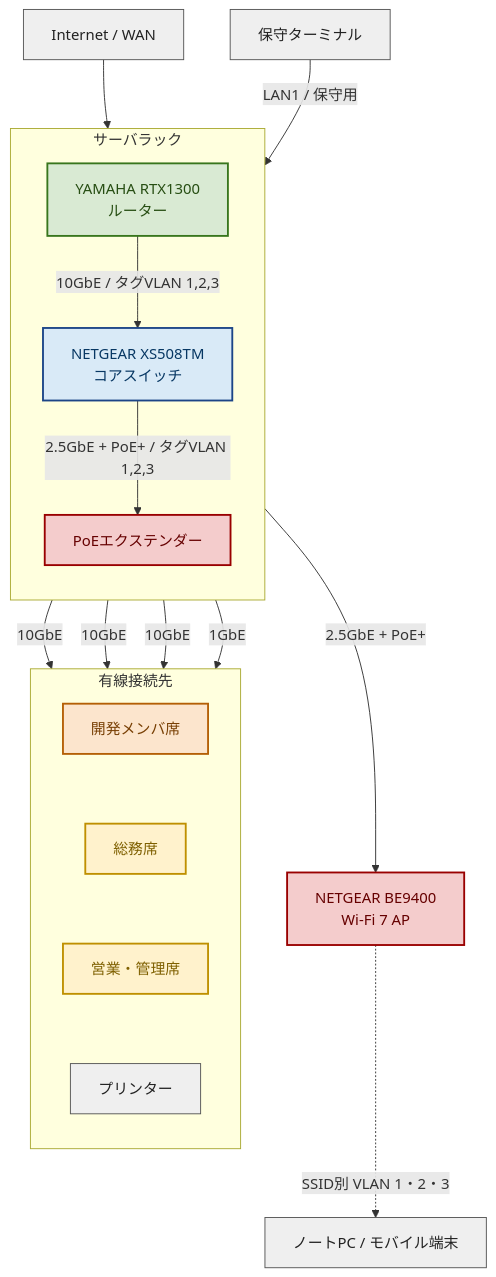
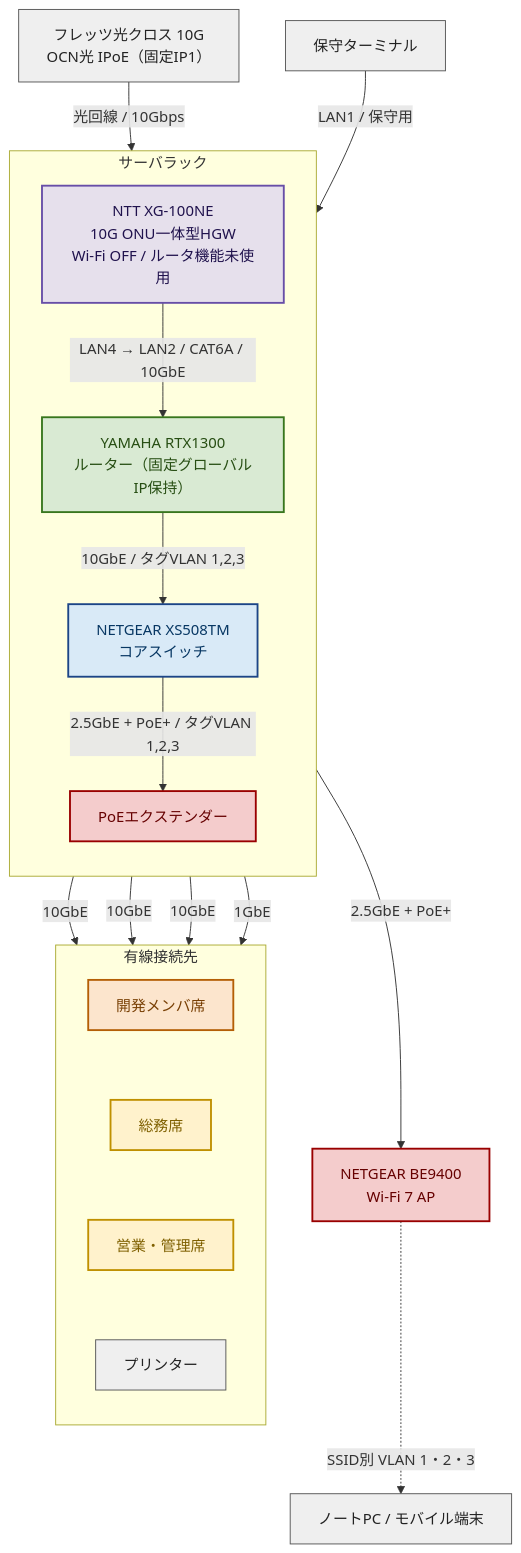
Before and after one commit to yohira-repo/Obsidian-Vault: the first of 4 diagrams in 02_Note/社内ネットワーク更改/社内LANネットワーク設定.md, drawn with Mermaid. The commit also changed other lines of this file and 23 other files, not shown here.

````diff
--- a/02_Note/社内ネットワーク更改/社内LANネットワーク設定.md
+++ b/02_Note/社内ネットワーク更改/社内LANネットワーク設定.md
@@ -21,46 +25,49 @@
 ```mermaid
 flowchart TB
     classDef rack fill:#d9ead3,stroke:#38761d,stroke-width:2px,color:#274e13;
     classDef core fill:#d9eaf7,stroke:#1c4587,stroke-width:2px,color:#073763;
     classDef vlan1 fill:#fff2cc,stroke:#bf9000,stroke-width:2px,color:#7f6000;
     classDef vlan2 fill:#fce5cd,stroke:#b45f06,stroke-width:2px,color:#783f04;
     classDef vlan3 fill:#f4cccc,stroke:#990000,stroke-width:2px,color:#660000;
     classDef device fill:#efefef,stroke:#555555,stroke-width:1px,color:#222222;
+    classDef hgw fill:#e6e0ec,stroke:#674ea7,stroke-width:2px,color:#20124d;
 
-    WAN["Internet / WAN"]:::device
+    WAN["フレッツ光クロス 10G\nOCN光 IPoE（固定IP1）"]:::device
     MT["保守ターミナル"]:::device
     WIFI["ノートPC / モバイル端末"]:::device
 
     subgraph RACK["サーバラック"]
         direction TB
-        RTX["YAMAHA RTX1300\nルーター"]:::rack
+        HGW["NTT XG-100NE\n10G ONU一体型HGW\nWi-Fi OFF / ルータ機能未使用"]:::hgw
+        RTX["YAMAHA RTX1300\nルーター（固定グローバルIP保持）"]:::rack
         CORE["NETGEAR XS508TM\nコアスイッチ"]:::core
         POE["PoEエクステンダー"]:::vlan3
     end
 
     AP["NETGEAR BE9400\nWi‑Fi 7 AP"]:::vlan3
 
     subgraph WIRED_AREAS["有線接続先"]
         direction TB
         DEV_BOX["開発メンバ席"]:::vlan2
         GA_BOX["総務席"]:::vlan1
         SALES_BOX["営業・管理席"]:::vlan1
         PRN["プリンター"]:::device
 
         DEV_BOX ~~~ GA_BOX
         GA_BOX ~~~ SALES_BOX
         SALES_BOX ~~~ PRN
     end
 
-    WAN --> RTX
+    WAN -- "光回線 / 10Gbps" --> HGW
+    HGW -- "LAN4 → LAN2 / CAT6A / 10GbE" --> RTX
     MT -- "LAN1 / 保守用" --> RTX
     RTX -- "10GbE / タグVLAN 1,2,3" --> CORE
 
     CORE -- "10GbE" --> DEV_BOX
     CORE -- "10GbE" --> GA_BOX
     CORE -- "10GbE" --> SALES_BOX
     CORE -- "1GbE" --> PRN
     CORE -- "2.5GbE + PoE+ / タグVLAN 1,2,3" --> POE
     POE -- "2.5GbE + PoE+" --> AP
     AP -. "SSID別 VLAN 1・2・3" .-> WIFI
 ```
````
